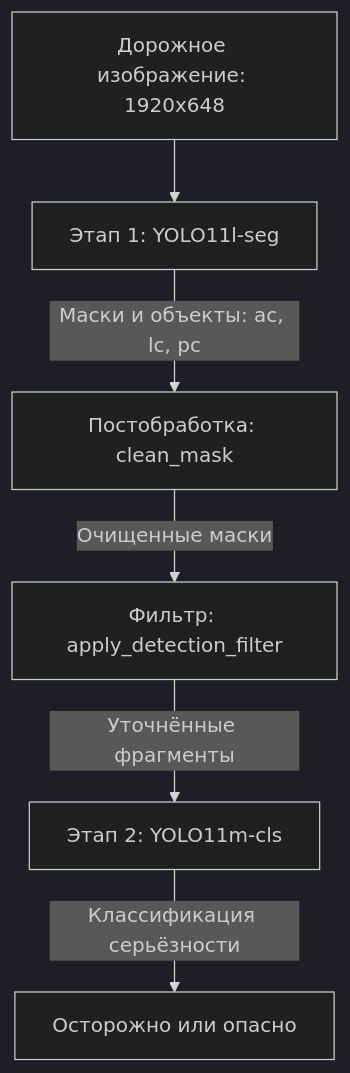
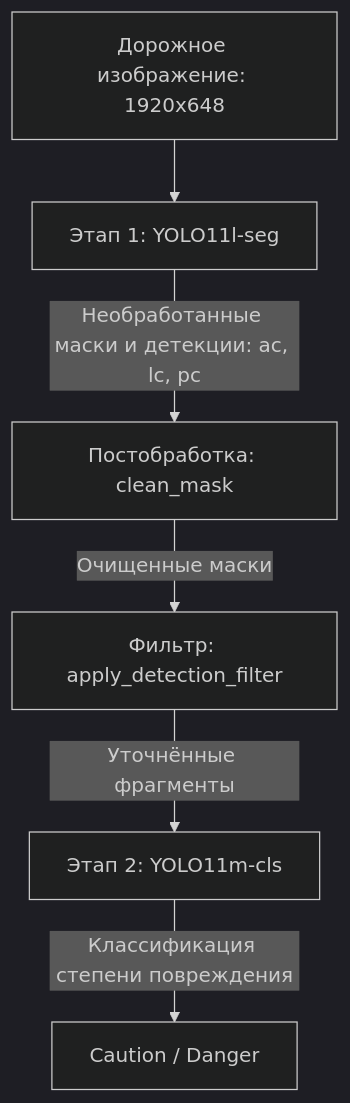
Before and after one commit to AlexL71/dadaboev-portfolio: the diagram in src/pages/ru/research-and-projects/road-damage-detection.md, drawn with Mermaid (dark theme). The commit also changed other lines of this file and 27 other files, not shown here.

````diff
--- a/src/pages/ru/research-and-projects/road-damage-detection.md
+++ b/src/pages/ru/research-and-projects/road-damage-detection.md
@@ -34,8 +34,8 @@
 ```mermaid
 graph TD
     A[Дорожное изображение: 1920x648] --> B[Этап 1: YOLO11l-seg]
-    B -->|Маски и объекты: ac, lc, pc| C[Постобработка: clean_mask]
+    B -->|Необработанные маски и детекции: ac, lc, pc| C[Постобработка: clean_mask]
     C -->|Очищенные маски| D[Фильтр: apply_detection_filter]
     D -->|Уточнённые фрагменты| E[Этап 2: YOLO11m-cls]
-    E -->|Классификация серьёзности| F[Осторожно или опасно]
+    E -->|Классификация степени повреждения| F[Caution / Danger]
 ```
````
